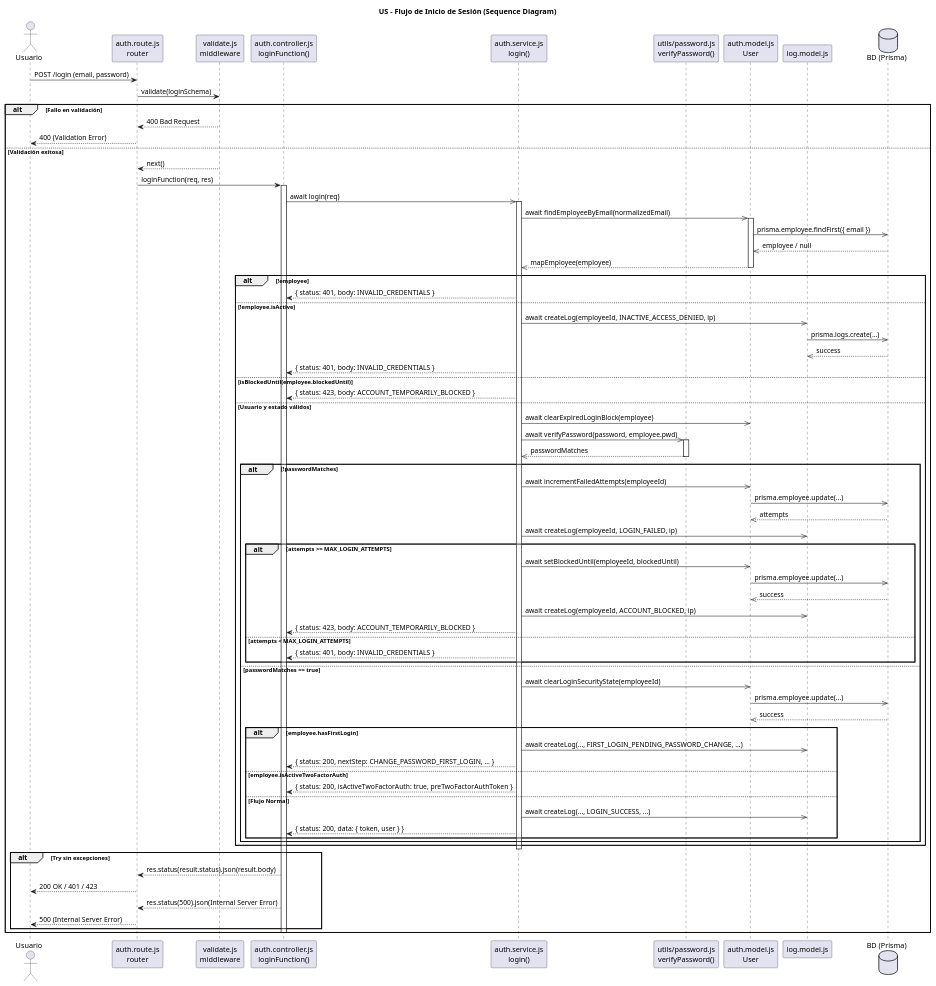
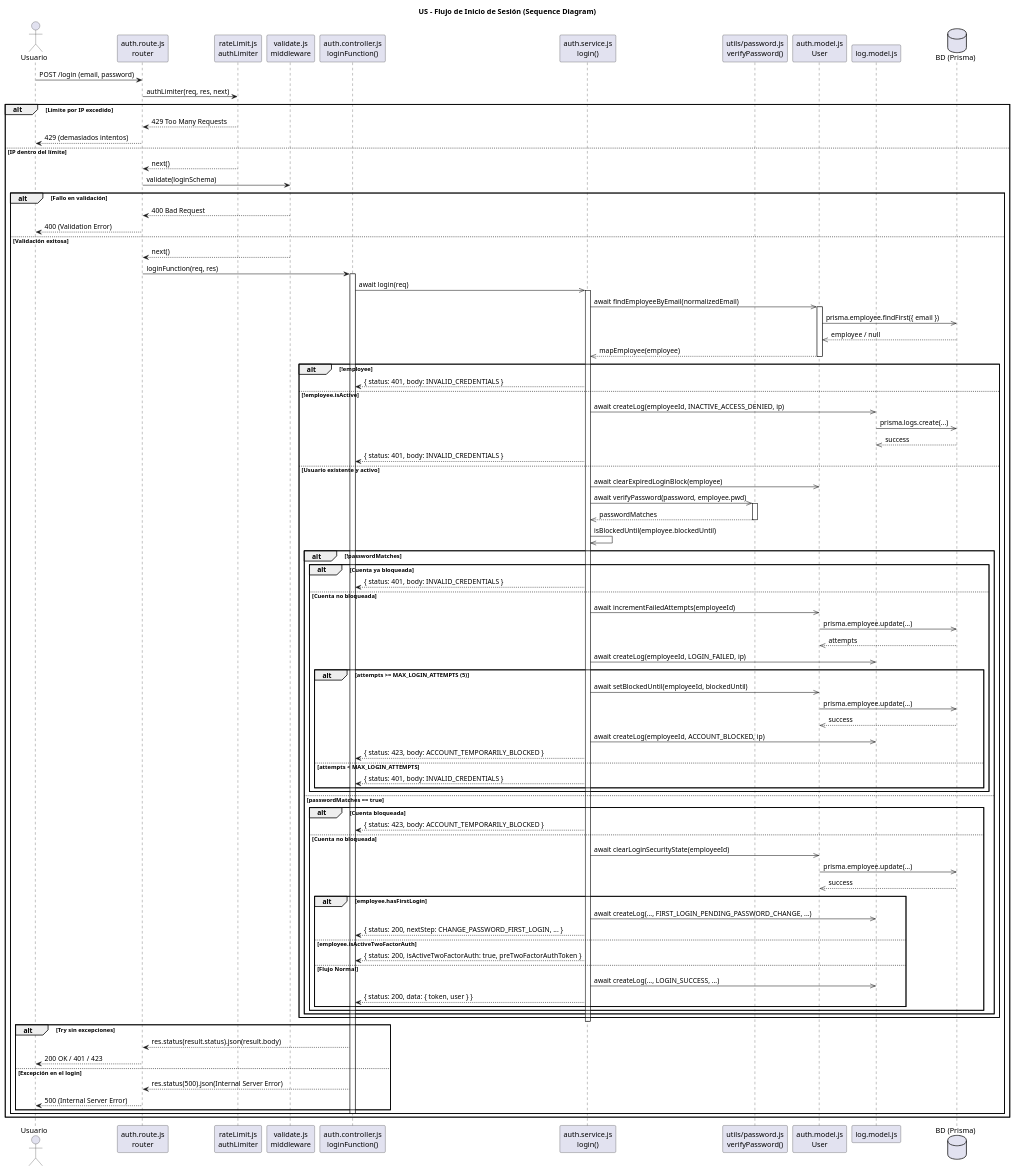
Before and after one commit to AztlanConsulting/RCHQ-Back: the diagram in diagrams/Sequence diagram/US01.puml, drawn with PlantUML. The commit also changed 1 other file, not shown here.

Commit message:
docs: actualiza diagramas para flujo nuevo de seguridad

```diff
--- a/diagrams/Sequence diagram/US01.puml
+++ b/diagrams/Sequence diagram/US01.puml
@@ -1,92 +1,108 @@
 @startuml
 title US - Flujo de Inicio de Sesión (Sequence Diagram)
 
 actor Usuario
 participant "auth.route.js\nrouter" as Router
+participant "rateLimit.js\nauthLimiter" as AuthLimiter
 participant "validate.js\nmiddleware" as Validator
 participant "auth.controller.js\nloginFunction()" as Controller
 participant "auth.service.js\nlogin()" as Service
 participant "utils/password.js\nverifyPassword()" as PasswordUtil
 participant "auth.model.js\nUser" as Model
 participant "log.model.js" as LogModel
 database "BD (Prisma)" as BD
 
 Usuario -> Router : POST /login (email, password)
-Router -> Validator : validate(loginSchema)
+Router -> AuthLimiter : authLimiter(req, res, next)
+alt Límite por IP excedido
+    AuthLimiter --> Router : 429 Too Many Requests
+    Router --> Usuario : 429 (demasiados intentos)
+else IP dentro del límite
+    AuthLimiter --> Router : next()
+    Router -> Validator : validate(loginSchema)
 alt Fallo en validación
     Validator --> Router : 400 Bad Request
     Router --> Usuario : 400 (Validation Error)
 else Validación exitosa
     Validator --> Router : next()
     Router -> Controller : loginFunction(req, res)
     
     activate Controller
     Controller ->> Service : await login(req)
     activate Service
     
     Service ->> Model : await findEmployeeByEmail(normalizedEmail)
     activate Model
     Model ->> BD : prisma.employee.findFirst({ email })
     BD -->> Model : employee / null
     Model -->> Service : mapEmployee(employee)
     deactivate Model
     
     alt !employee
         Service --> Controller : { status: 401, body: INVALID_CREDENTIALS }
     else !employee.isActive
         Service ->> LogModel : await createLog(employeeId, INACTIVE_ACCESS_DENIED, ip)
         LogModel ->> BD : prisma.logs.create(...)
         BD -->> LogModel : success
         Service --> Controller : { status: 401, body: INVALID_CREDENTIALS }
-    else isBlockedUntil(employee.blockedUntil)
-        Service --> Controller : { status: 423, body: ACCOUNT_TEMPORARILY_BLOCKED }
-    else Usuario y estado válidos
+    else Usuario existente y activo
         Service ->> Model : await clearExpiredLoginBlock(employee)
         Service ->> PasswordUtil : await verifyPassword(password, employee.pwd)
         activate PasswordUtil
         PasswordUtil -->> Service : passwordMatches
         deactivate PasswordUtil
+        Service ->> Service : isBlockedUntil(employee.blockedUntil)
         
         alt !passwordMatches
-            Service ->> Model : await incrementFailedAttempts(employeeId)
-            Model ->> BD : prisma.employee.update(...)
-            BD -->> Model : attempts
-            Service ->> LogModel : await createLog(employeeId, LOGIN_FAILED, ip)
-            
-            alt attempts >= MAX_LOGIN_ATTEMPTS
-                Service ->> Model : await setBlockedUntil(employeeId, blockedUntil)
+            alt Cuenta ya bloqueada
+                Service --> Controller : { status: 401, body: INVALID_CREDENTIALS }
+            else Cuenta no bloqueada
+                Service ->> Model : await incrementFailedAttempts(employeeId)
                 Model ->> BD : prisma.employee.update(...)
-                BD -->> Model : success
-                Service ->> LogModel : await createLog(employeeId, ACCOUNT_BLOCKED, ip)
-                Service --> Controller : { status: 423, body: ACCOUNT_TEMPORARILY_BLOCKED }
-            else attempts < MAX_LOGIN_ATTEMPTS
-                Service --> Controller : { status: 401, body: INVALID_CREDENTIALS }
+                BD -->> Model : attempts
+                Service ->> LogModel : await createLog(employeeId, LOGIN_FAILED, ip)
+
+                alt attempts >= MAX_LOGIN_ATTEMPTS (5)
+                    Service ->> Model : await setBlockedUntil(employeeId, blockedUntil)
+                    Model ->> BD : prisma.employee.update(...)
+                    BD -->> Model : success
+                    Service ->> LogModel : await createLog(employeeId, ACCOUNT_BLOCKED, ip)
+                    Service --> Controller : { status: 423, body: ACCOUNT_TEMPORARILY_BLOCKED }
+                else attempts < MAX_LOGIN_ATTEMPTS
+                    Service --> Controller : { status: 401, body: INVALID_CREDENTIALS }
+                end
             end
             
         else passwordMatches == true
-            Service ->> Model : await clearLoginSecurityState(employeeId)
-            Model ->> BD : prisma.employee.update(...)
-            BD -->> Model : success
-            
-            alt employee.hasFirstLogin
-                Service ->> LogModel : await createLog(..., FIRST_LOGIN_PENDING_PASSWORD_CHANGE, ...)
-                Service --> Controller : { status: 200, nextStep: CHANGE_PASSWORD_FIRST_LOGIN, ... }
-            else employee.isActiveTwoFactorAuth
-                Service --> Controller : { status: 200, isActiveTwoFactorAuth: true, preTwoFactorAuthToken }
-            else Flujo Normal
-                Service ->> LogModel : await createLog(..., LOGIN_SUCCESS, ...)
-                Service --> Controller : { status: 200, data: { token, user } }
+            alt Cuenta bloqueada
+                Service --> Controller : { status: 423, body: ACCOUNT_TEMPORARILY_BLOCKED }
+            else Cuenta no bloqueada
+                Service ->> Model : await clearLoginSecurityState(employeeId)
+                Model ->> BD : prisma.employee.update(...)
+                BD -->> Model : success
+
+                alt employee.hasFirstLogin
+                    Service ->> LogModel : await createLog(..., FIRST_LOGIN_PENDING_PASSWORD_CHANGE, ...)
+                    Service --> Controller : { status: 200, nextStep: CHANGE_PASSWORD_FIRST_LOGIN, ... }
+                else employee.isActiveTwoFactorAuth
+                    Service --> Controller : { status: 200, isActiveTwoFactorAuth: true, preTwoFactorAuthToken }
+                else Flujo Normal
+                    Service ->> LogModel : await createLog(..., LOGIN_SUCCESS, ...)
+                    Service --> Controller : { status: 200, data: { token, user } }
+                end
             end
         end
     end
     deactivate Service
     
     alt Try sin excepciones
         Controller --> Router : res.status(result.status).json(result.body)
         Router --> Usuario : 200 OK / 401 / 423
+    else Excepción en el login
         Controller --> Router : res.status(500).json(Internal Server Error)
         Router --> Usuario : 500 (Internal Server Error)
     end
     deactivate Controller
 end
+end
 @enduml
```
